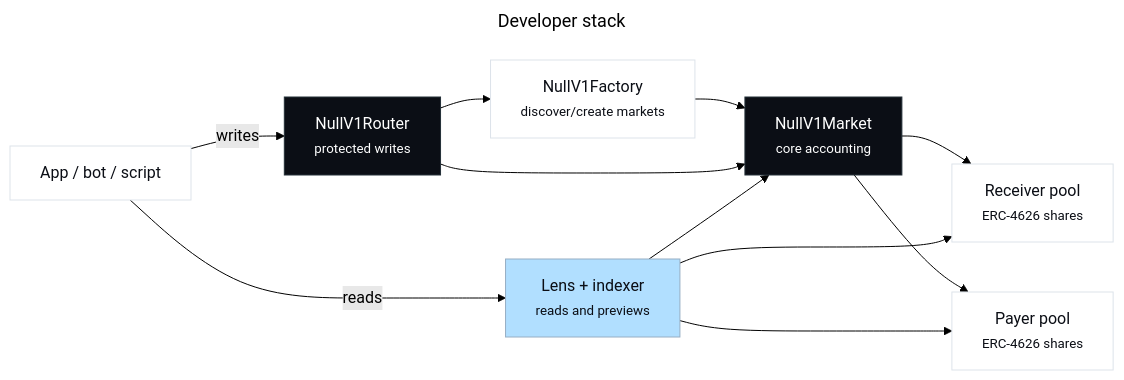
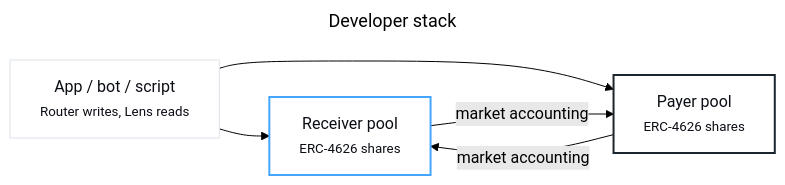
One commit to Null-Solutions/v1-docs changed the diagram in diagrams/developer-stack.mmd. Above: the diagram before and after it, drawn with Mermaid (forest theme). The commit also changed 11 other files, not shown here.

Commit message:
Simplify docs diagrams around two pools

```diff
--- a/diagrams/developer-stack.mmd
+++ b/diagrams/developer-stack.mmd
@@ -1,29 +1,19 @@
 ---
 title: Developer stack
 ---
 flowchart LR
-  app["App / bot / script"]
-  router["NullV1Router<br/><small>protected writes</small>"]
-  lens["Lens + indexer<br/><small>reads and previews</small>"]
-  factory["NullV1Factory<br/><small>discover/create markets</small>"]
-  market["NullV1Market<br/><small>core accounting</small>"]
+  app["App / bot / script<br/><small>Router writes, Lens reads</small>"]
   receiver["Receiver pool<br/><small>ERC-4626 shares</small>"]
   payer["Payer pool<br/><small>ERC-4626 shares</small>"]
 
-  app -- writes --> router
-  app -- reads --> lens
-  router --> factory
-  factory --> market
-  router --> market
-  market --> receiver
-  market --> payer
-  lens --> market
-  lens --> receiver
-  lens --> payer
+  app --> receiver
+  app --> payer
+  receiver -- "market accounting" --> payer
+  payer -- "market accounting" --> receiver
 
-  classDef dark fill:#0B0E15,color:#FFFFFF,stroke:#243038,stroke-width:1px;
-  classDef soft fill:#FFFFFF,color:#0B0E15,stroke:#DDE3EA,stroke-width:1px;
-  classDef accent fill:#B1DFFF,color:#0B0E15,stroke:#96AEC4,stroke-width:1px;
-  class router,market dark;
-  class app,factory,receiver,payer soft;
-  class lens accent;
+  classDef panel fill:#FFFFFF,color:#0B0E15,stroke:#DDE3EA,stroke-width:1px;
+  classDef receiver fill:#FFFFFF,color:#0B0E15,stroke:#45A5FF,stroke-width:2px;
+  classDef payer fill:#FFFFFF,color:#0B0E15,stroke:#1B252D,stroke-width:2px;
+  class app panel;
+  class receiver receiver;
+  class payer payer;
```
